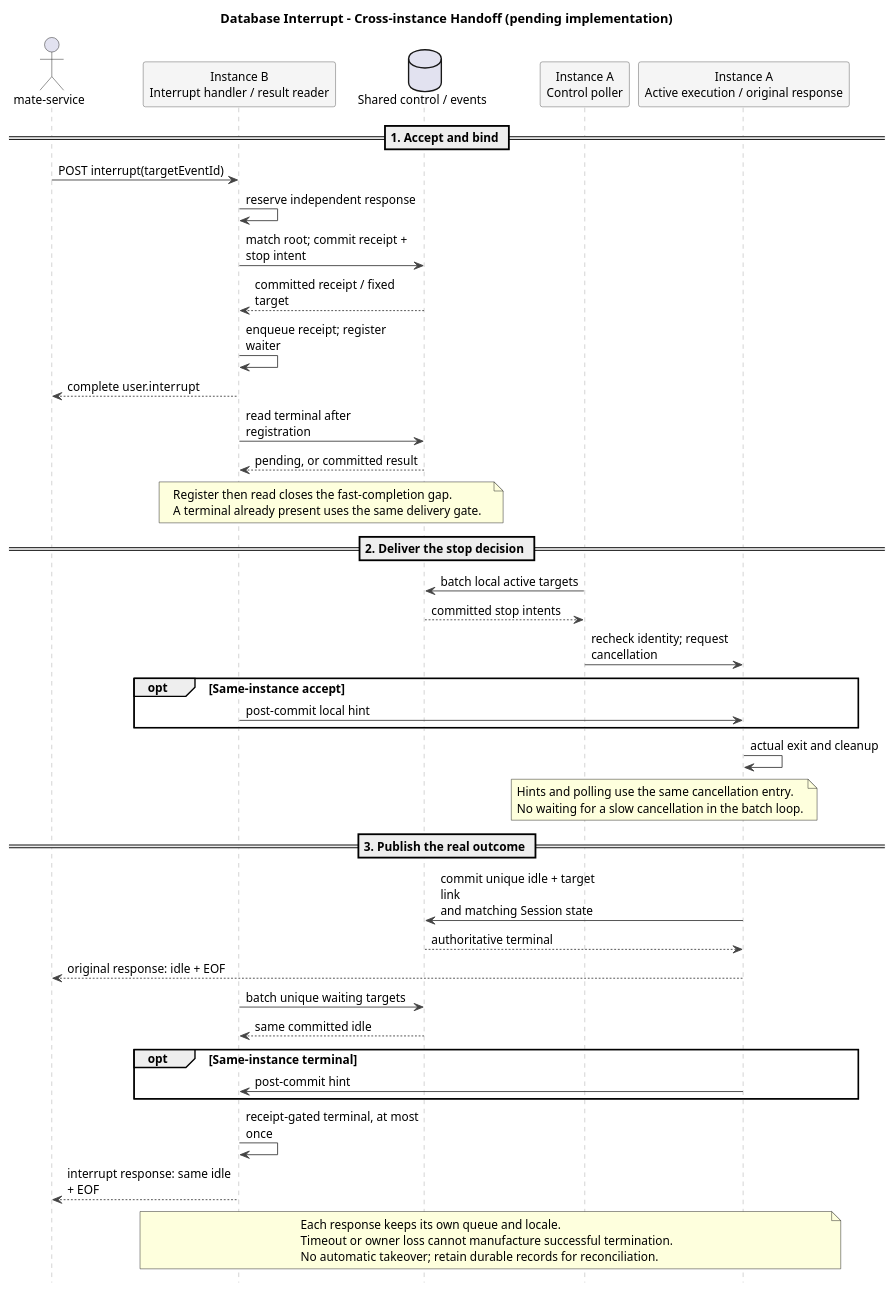
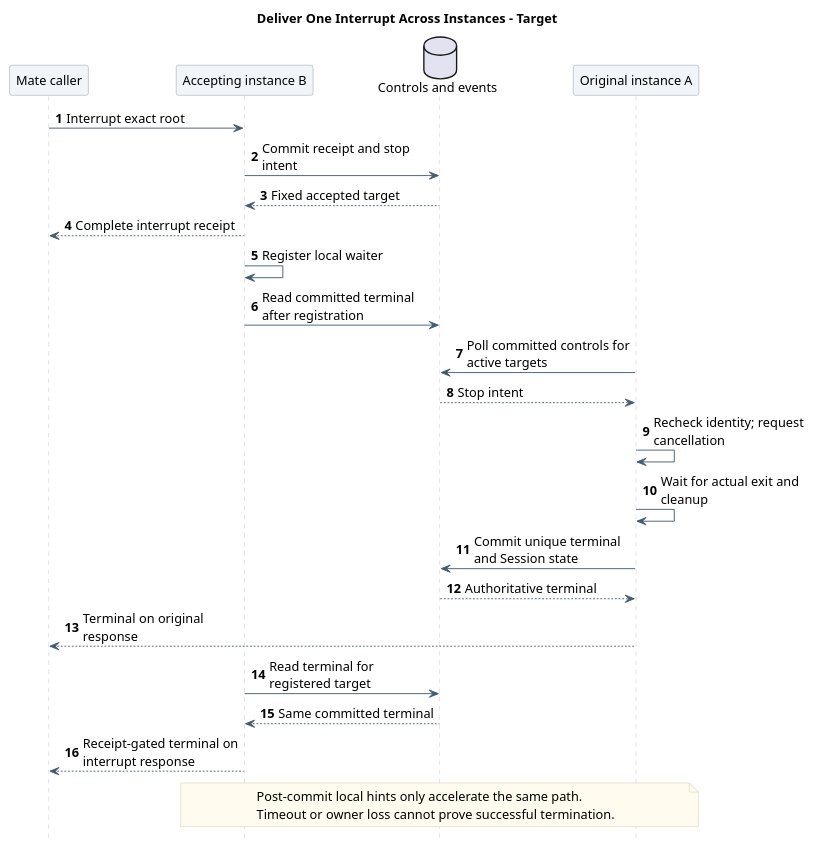
Before and after one commit to ssm0808/pi-mono-java-design: the fourth of 6 diagrams in 01-总体架构/01-CampusClaw多Agent运行时/设计图/事件接口重设计/diagram.puml, drawn with PlantUML. The commit also changed other lines of this file and 120 other files, not shown here.

Commit message:
docs(diagrams): 统一全仓职责级时序图表达与校验

```diff
--- a/01-总体架构/01-CampusClaw多Agent运行时/设计图/事件接口重设计/diagram.puml
+++ b/01-总体架构/01-CampusClaw多Agent运行时/设计图/事件接口重设计/diagram.puml
@@ -245,80 +220,59 @@
 @startuml target_database_interrupt_delivery
 ' Source evidence: pi-mono-java 918005ee8ccc88d179fc31a0de17a92b4a01383b.
 ' campusclaw/src/main/java/com/huawei/hicampus/claw/codingagent/runtimeapi/runtime/RuntimeActiveExecution.java,
 ' requestAbort/complete: in-memory cancellation and completion only.
 ' campusclaw/src/main/java/com/huawei/hicampus/claw/codingagent/runtimeapi/runtime/RuntimeSessionEngineRegistry.java,
 ' register/find: active executions live inside one process.
 ' campusclaw/src/main/java/com/huawei/hicampus/claw/codingagent/runtimeapi/persistence/MyBatisRuntimeSessionRepository.java,
 ' acceptUserEvent/finishExecution: current message acceptance and Session state updates.
 ' Observed behavior: current Java has no durable cross-instance interrupt handoff.
 ' Confirmed target architecture: DB stop intent and per-instance batch polling.
 ' Confirmed M7: post-commit local wake-up, unique target queries, measured indexes.
 ' Pending implementation: registration recovery and terminal delivery gates are not implemented.
 ' Design reason: accept on any instance without sticky routing or remote Java references.
 ' Confirmed pending implementation: reject stale root, duplicate stop and conflicting confirmation.
 ' Schema, interval and capacity numbers require implementation calibration.
+' Presentation: one responsibility-level scenario; implementation details remain in the linked document.
 skinparam backgroundColor white
+skinparam defaultFontName SansSerif
+skinparam defaultFontSize 14
 skinparam shadowing false
-skinparam defaultFontName Arial
-skinparam defaultFontSize 13
+skinparam sequenceMessageAlign left
+skinparam maxMessageSize 180
+skinparam sequenceArrowColor #425B70
+skinparam sequenceLifeLineBorderColor #BAC4CC
+skinparam sequenceParticipantBackgroundColor #F1F5F9
+skinparam sequenceParticipantBorderColor #8496A4
+skinparam sequenceGroupBackgroundColor #FAFBFC
+skinparam sequenceGroupBorderColor #BAC4CC
+skinparam noteBackgroundColor #FFFBEF
+skinparam noteBorderColor #D2C6A5
 hide footbox
-skinparam BoxPadding 10
-skinparam maxMessageSize 190
-skinparam sequenceMessageAlign left
-skinparam sequence {
-  ParticipantBackgroundColor #F5F5F5
-  ParticipantBorderColor #555555
-  LifeLineBorderColor #A0A0A0
-  ArrowColor #444444
-}
-title Database Interrupt - Cross-instance Handoff (pending implementation)
-actor "mate-service" as Client
-participant "Instance B\nInterrupt handler / result reader" as B
-database "Shared control / events" as DB
-participant "Instance A\nControl poller" as Poller
-participant "Instance A\nActive execution / original response" as A
+autonumber
 
-== 1. Accept and bind ==
-Client -> B : POST interrupt(targetEventId)
-B -> B : reserve independent response
-B -> DB : match root; commit receipt + stop intent
-DB --> B : committed receipt / fixed target
-B -> B : enqueue receipt; register waiter
-B --> Client : complete user.interrupt
-B -> DB : read terminal after registration
-DB --> B : pending, or committed result
-note over B,DB
-Register then read closes the fast-completion gap.
-A terminal already present uses the same delivery gate.
-end note
-
-== 2. Deliver the stop decision ==
-Poller -> DB : batch local active targets
-DB --> Poller : committed stop intents
-Poller -> A : recheck identity; request cancellation
-opt Same-instance accept
-  B -> A : post-commit local hint
-end
-A -> A : actual exit and cleanup
-note over Poller,A
-Hints and polling use the same cancellation entry.
-No waiting for a slow cancellation in the batch loop.
-end note
-
-== 3. Publish the real outcome ==
-A -> DB : commit unique idle + target link\nand matching Session state
-DB --> A : authoritative terminal
-A --> Client : original response: idle + EOF
-B -> DB : batch unique waiting targets
-DB --> B : same committed idle
-opt Same-instance terminal
-  A -> B : post-commit hint
-end
-B -> B : receipt-gated terminal, at most once
-B --> Client : interrupt response: same idle + EOF
+title Deliver One Interrupt Across Instances - Target
+participant "Mate caller" as Client
+participant "Accepting instance B" as B
+database "Controls and events" as DB
+participant "Original instance A" as A
+Client -> B : Interrupt exact root
+B -> DB : Commit receipt and stop intent
+DB --> B : Fixed accepted target
+B --> Client : Complete interrupt receipt
+B -> B : Register local waiter
+B -> DB : Read committed terminal after registration
+A -> DB : Poll committed controls for active targets
+DB --> A : Stop intent
+A -> A : Recheck identity; request cancellation
+A -> A : Wait for actual exit and cleanup
+A -> DB : Commit unique terminal and Session state
+DB --> A : Authoritative terminal
+A --> Client : Terminal on original response
+B -> DB : Read terminal for registered target
+DB --> B : Same committed terminal
+B --> Client : Receipt-gated terminal on interrupt response
 note over B,A
-Each response keeps its own queue and locale.
-Timeout or owner loss cannot manufacture successful termination.
-No automatic takeover; retain durable records for reconciliation.
+  Post-commit local hints only accelerate the same path.
+  Timeout or owner loss cannot prove successful termination.
 end note
 @enduml
```
